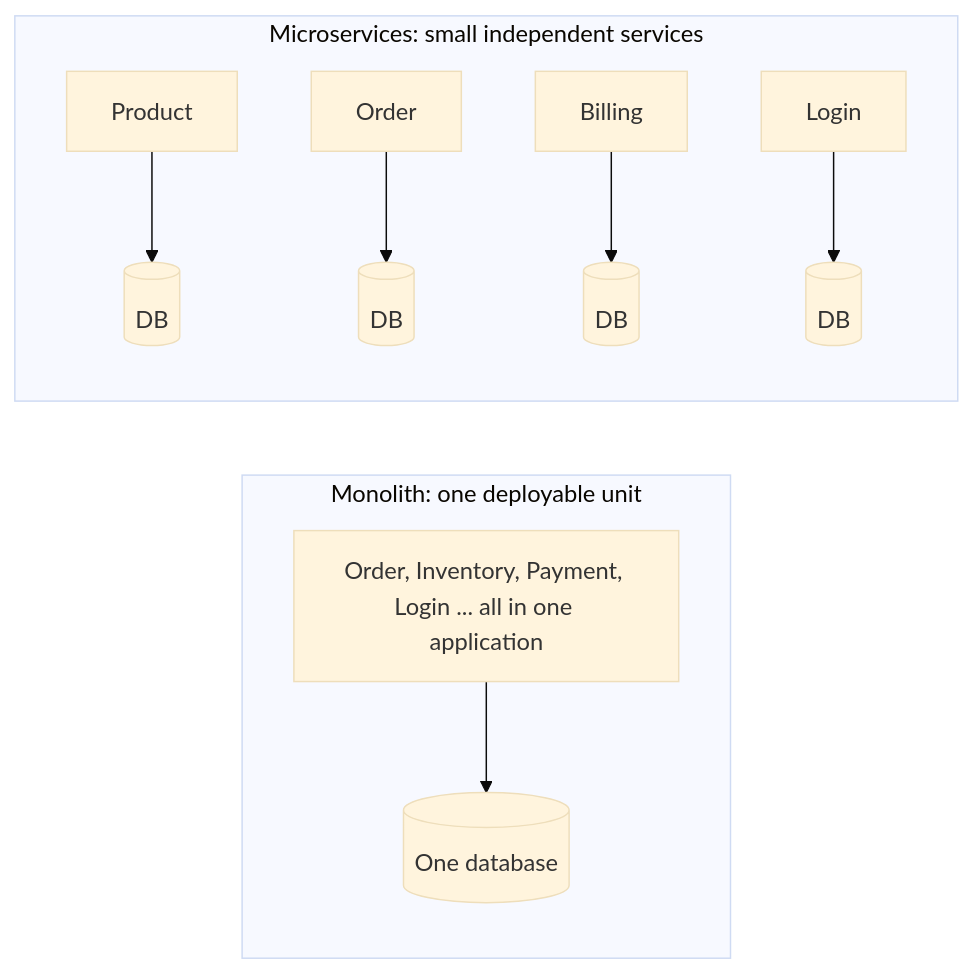
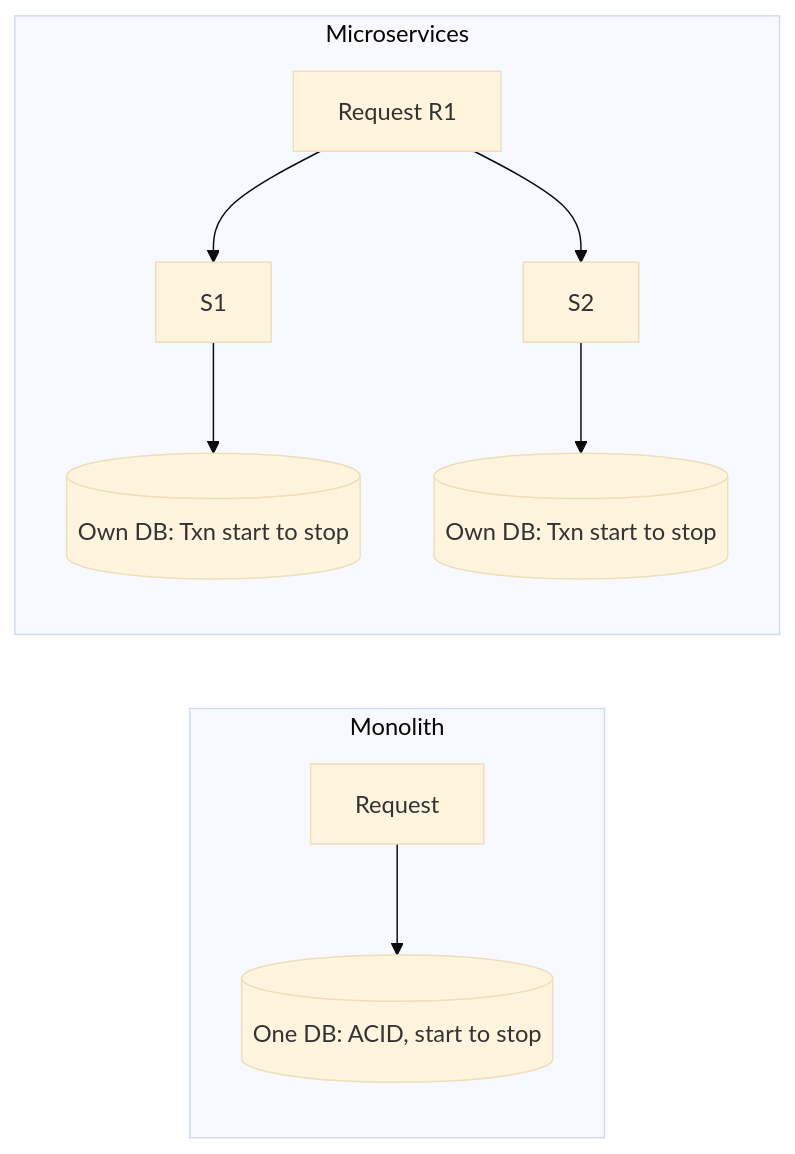
One commit to notnotnithin/System-Design-Notes changed the fourth of 13 diagrams in HLD/03_04_Microservices_Design_Patterns_Notes.md. Above: the diagram before and after it, drawn with Mermaid (base theme). The commit also changed other lines of this file and 80 other files, not shown here.

````diff
--- a/HLD/03_04_Microservices_Design_Patterns_Notes.md
+++ b/HLD/03_04_Microservices_Design_Patterns_Notes.md
@@ -66,14 +74,10 @@
 ```mermaid
 graph LR
-  subgraph M["Monolith: one deployable unit"]
-    direction TB
-    MA["Order, Inventory, Payment, Login ... all in one application"] --> MD[("One database")]
+  subgraph MONO["Monolith"]
+    R["Request"] --> DB[("One DB: ACID, start to stop")]
   end
-  subgraph MS["Microservices: small independent services"]
-    direction TB
-    P["Product"] --> PD[("DB")]
-    O["Order"] --> OD[("DB")]
-    B["Billing"] --> BD[("DB")]
-    L["Login"] --> LD[("DB")]
+  subgraph MICRO["Microservices"]
+    R1["Request R1"] --> S1["S1"] --> DB1[("Own DB: Txn start to stop")]
+    R1 --> S2["S2"] --> DB2[("Own DB: Txn start to stop")]
   end
 ```
````
